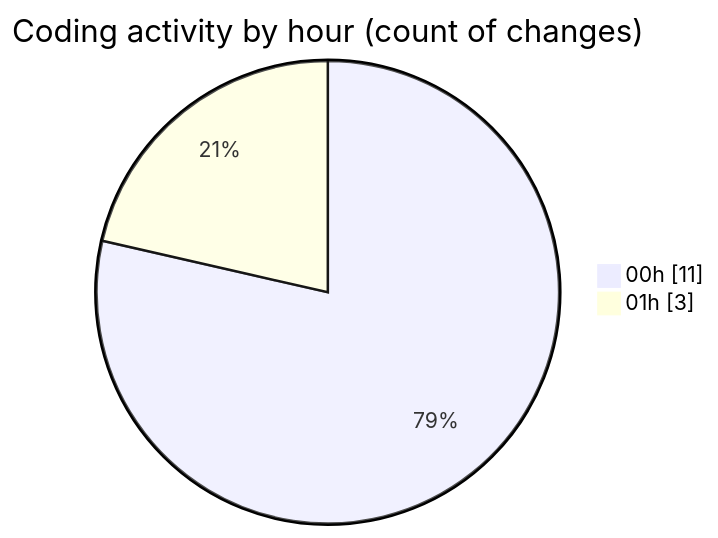
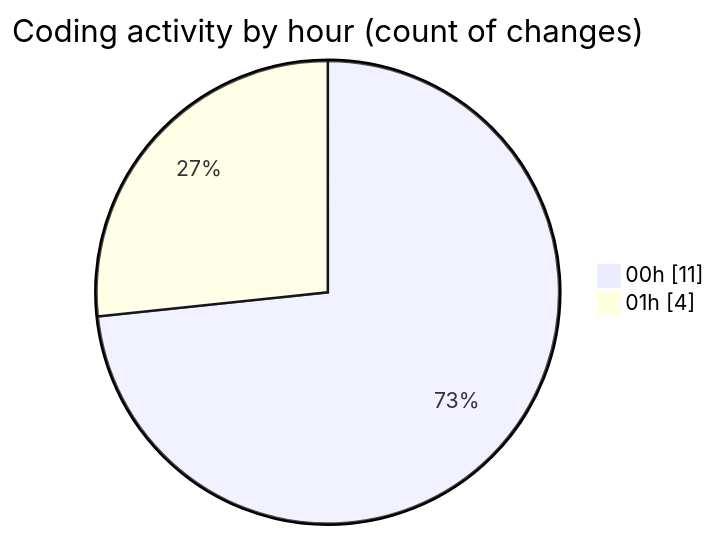
Before and after one commit to julien-gomy/code-tracking: the second of 2 diagrams in 2025-11-28/cdp_aleoudev_fr__workspace_/README.md, drawn with Mermaid. The commit also changed other lines of this file and 1 other file, not shown here.

````diff
--- a/2025-11-28/cdp_aleoudev_fr__workspace_/README.md
+++ b/2025-11-28/cdp_aleoudev_fr__workspace_/README.md
@@ -30,6 +30,6 @@
 ```mermaid
 pie showData
 title Coding activity by hour (count of changes)
 "00h" : 11
-"01h" : 3
+"01h" : 4
 ```
````
